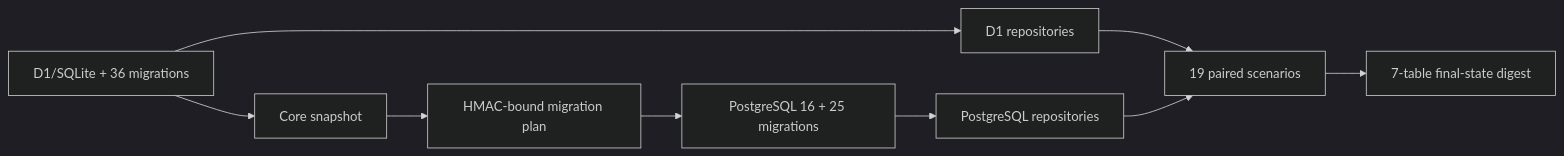
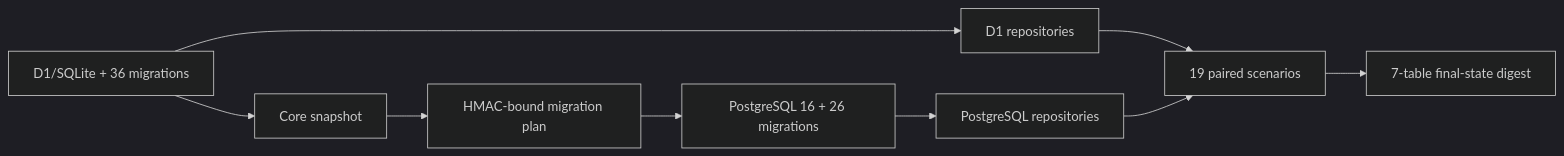
Before and after one commit to talstilkol/connect: the diagram in docs/postgresql-core-semantic-parity.md, drawn with Mermaid (dark theme). The commit also changed 20 other files, not shown here.

````diff
--- a/docs/postgresql-core-semantic-parity.md
+++ b/docs/postgresql-core-semantic-parity.md
@@ -56,11 +56,11 @@
 ```mermaid
 flowchart LR
   D1["D1/SQLite + 36 migrations"] --> Snapshot["Core snapshot"]
   Snapshot --> Plan["HMAC-bound migration plan"]
-  Plan --> PG["PostgreSQL 16 + 25 migrations"]
+  Plan --> PG["PostgreSQL 16 + 26 migrations"]
   D1 --> D1Repo["D1 repositories"]
   PG --> PGRepo["PostgreSQL repositories"]
   D1Repo --> Compare["19 paired scenarios"]
   PGRepo --> Compare
   Compare --> State["7-table final-state digest"]
 ```
````
